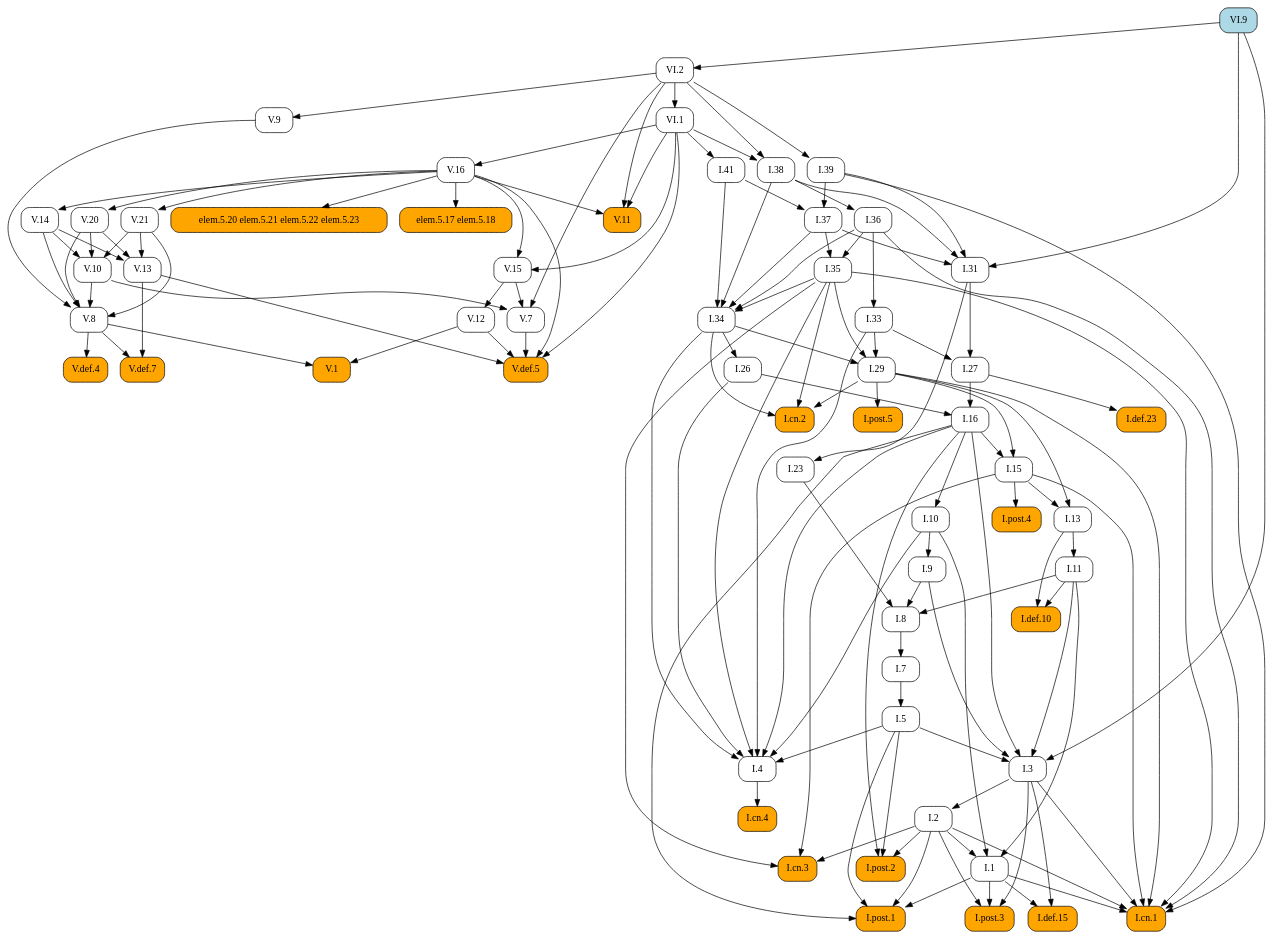
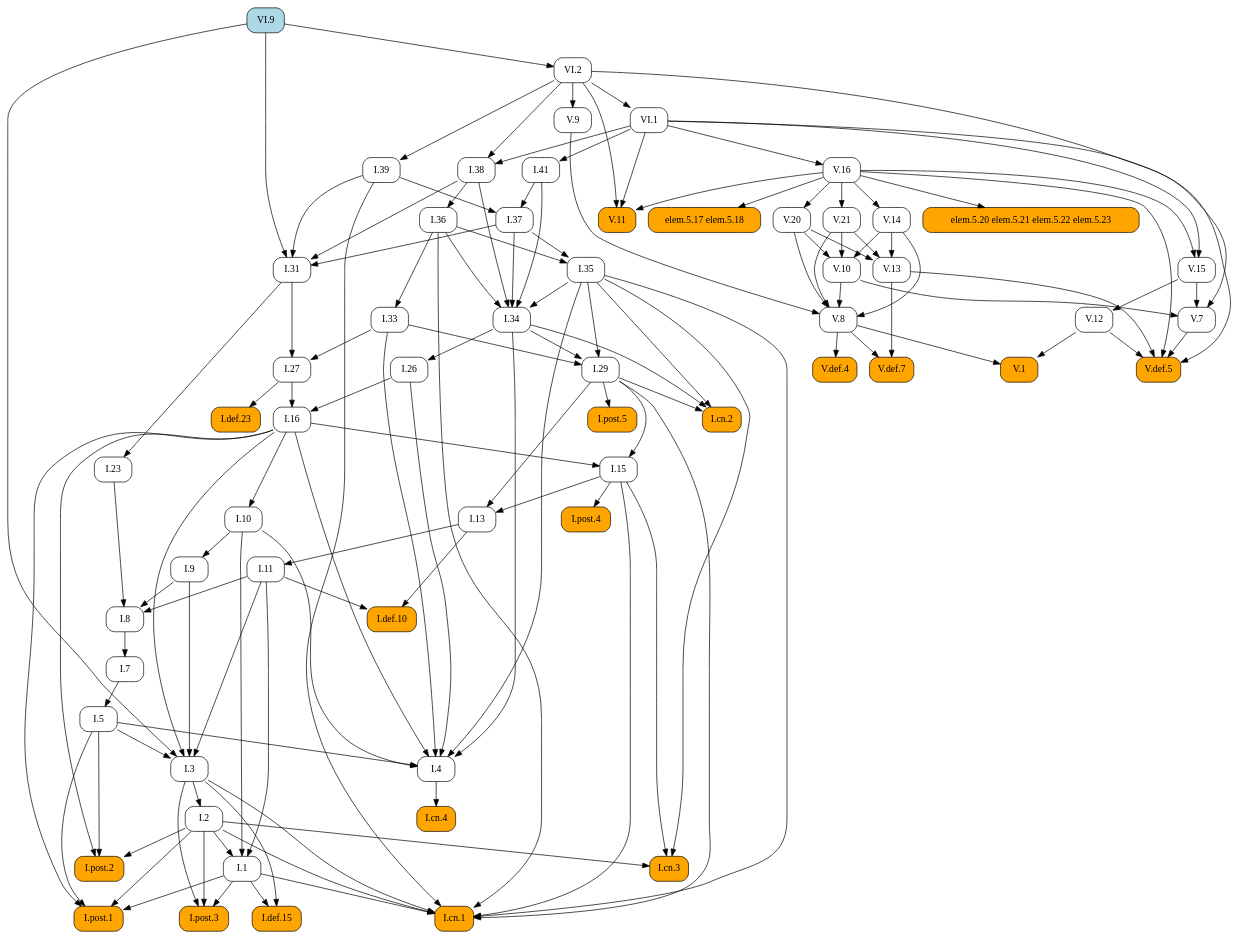
The diagram in docsrc/heath/VI/9/index.rst (geometor/elements), drawn with Graphviz before and after one commit. The commit also changed other lines of this file and 1029 other files, not shown here.

```diff
--- a/docsrc/heath/VI/9/index.rst
+++ b/docsrc/heath/VI/9/index.rst
@@ -48,180 +48,106 @@
    digraph {
      rankdir="TB";
      node [shape=box, style=rounded];
-     "V.1" [style="rounded,filled", fillcolor=orange, URL="/heath/V/1/", target="_top"];
+     "I.def.10" [style="rounded,filled", fillcolor=orange, URL="/heath/I/def.10/", target="_top"];
+     "I.11" [URL="/heath/I/11/", target="_top"];
+     "I.post.4" [style="rounded,filled", fillcolor=orange, URL="/heath/I/post.4/", target="_top"];
+     "I.1" [URL="/heath/I/1/", target="_top"];
+     "I.39" [URL="/heath/I/39/", target="_top"];
+     "I.26" [URL="/heath/I/26/", target="_top"];
+     "V.14" [URL="/heath/V/14/", target="_top"];
+     "V.def.5" [style="rounded,filled", fillcolor=orange, URL="/heath/V/def.5/", target="_top"];
+     "I.29" [URL="/heath/I/29/", target="_top"];
+     "V.12" [URL="/heath/V/12/", target="_top"];
+     "I.cn.2" [style="rounded,filled", fillcolor=orange, URL="/heath/I/cn.2/", target="_top"];
+     "V.20" [URL="/heath/V/20/", target="_top"];
+     "V.10" [URL="/heath/V/10/", target="_top"];
+     "V.11" [style="rounded,filled", fillcolor=orange, URL="/heath/V/11/", target="_top"];
+     "VI.2" [URL="/heath/VI/2/", target="_top"];
+     "V.13" [URL="/heath/V/13/", target="_top"];
+     "I.def.15" [style="rounded,filled", fillcolor=orange, URL="/heath/I/def.15/", target="_top"];
+     "I.post.3" [style="rounded,filled", fillcolor=orange, URL="/heath/I/post.3/", target="_top"];
+     "VI.1" [URL="/heath/VI/1/", target="_top"];
+     "V.15" [URL="/heath/V/15/", target="_top"];
+     "I.cn.1" [style="rounded,filled", fillcolor=orange, URL="/heath/I/cn.1/", target="_top"];
      "I.cn.3" [style="rounded,filled", fillcolor=orange, URL="/heath/I/cn.3/", target="_top"];
-     "I.7" [URL="/heath/I/7/", target="_top"];
-     "I.29" [URL="/heath/I/29/", target="_top"];
+     "V.7" [URL="/heath/V/7/", target="_top"];
+     "V.9" [URL="/heath/V/9/", target="_top"];
+     "V.16" [URL="/heath/V/16/", target="_top"];
+     "I.23" [URL="/heath/I/23/", target="_top"];
+     "I.post.1" [style="rounded,filled", fillcolor=orange, URL="/heath/I/post.1/", target="_top"];
+     "VI.9" [style="rounded,filled", fillcolor=lightblue, URL="/heath/VI/9/", target="_top"];
+     "I.35" [URL="/heath/I/35/", target="_top"];
+     "I.36" [URL="/heath/I/36/", target="_top"];
      "I.27" [URL="/heath/I/27/", target="_top"];
-     "I.38" [URL="/heath/I/38/", target="_top"];
-     "I.def.23" [style="rounded,filled", fillcolor=orange, URL="/heath/I/def.23/", target="_top"];
-     "V.15" [URL="/heath/V/15/", target="_top"];
-     "V.16" [URL="/heath/V/16/", target="_top"];
-     "I.34" [URL="/heath/I/34/", target="_top"];
-     "V.20" [URL="/heath/V/20/", target="_top"];
-     "I.8" [URL="/heath/I/8/", target="_top"];
-     "I.9" [URL="/heath/I/9/", target="_top"];
-     "V.def.4" [style="rounded,filled", fillcolor=orange, URL="/heath/V/def.4/", target="_top"];
-     "V.21" [URL="/heath/V/21/", target="_top"];
      "V.8" [URL="/heath/V/8/", target="_top"];
-     "I.post.4" [style="rounded,filled", fillcolor=orange, URL="/heath/I/post.4/", target="_top"];
-     "I.2" [URL="/heath/I/2/", target="_top"];
-     "I.def.15" [style="rounded,filled", fillcolor=orange, URL="/heath/I/def.15/", target="_top"];
-     "V.7" [URL="/heath/V/7/", target="_top"];
-     "I.1" [URL="/heath/I/1/", target="_top"];
-     "I.post.1" [style="rounded,filled", fillcolor=orange, URL="/heath/I/post.1/", target="_top"];
-     "V.13" [URL="/heath/V/13/", target="_top"];
-     "I.cn.4" [style="rounded,filled", fillcolor=orange, URL="/heath/I/cn.4/", target="_top"];
-     "I.26" [URL="/heath/I/26/", target="_top"];
-     "I.33" [URL="/heath/I/33/", target="_top"];
-     "VI.2" [URL="/heath/VI/2/", target="_top"];
-     "V.def.7" [style="rounded,filled", fillcolor=orange, URL="/heath/V/def.7/", target="_top"];
-     "I.39" [URL="/heath/I/39/", target="_top"];
-     "elem.5.20 elem.5.21 elem.5.22 elem.5.23" [style="rounded,filled", fillcolor=orange];
-     "I.23" [URL="/heath/I/23/", target="_top"];
-     "I.13" [URL="/heath/I/13/", target="_top"];
-     "I.cn.2" [style="rounded,filled", fillcolor=orange, URL="/heath/I/cn.2/", target="_top"];
-     "I.5" [URL="/heath/I/5/", target="_top"];
-     "I.11" [URL="/heath/I/11/", target="_top"];
-     "V.10" [URL="/heath/V/10/", target="_top"];
-     "V.def.5" [style="rounded,filled", fillcolor=orange, URL="/heath/V/def.5/", target="_top"];
-     "I.10" [URL="/heath/I/10/", target="_top"];
-     "I.4" [URL="/heath/I/4/", target="_top"];
-     "I.3" [URL="/heath/I/3/", target="_top"];
-     "I.16" [URL="/heath/I/16/", target="_top"];
-     "I.31" [URL="/heath/I/31/", target="_top"];
-     "I.def.10" [style="rounded,filled", fillcolor=orange, URL="/heath/I/def.10/", target="_top"];
-     "V.11" [style="rounded,filled", fillcolor=orange, URL="/heath/V/11/", target="_top"];
-     "I.post.2" [style="rounded,filled", fillcolor=orange, URL="/heath/I/post.2/", target="_top"];
-     "I.post.3" [style="rounded,filled", fillcolor=orange, URL="/heath/I/post.3/", target="_top"];
-     "VI.9" [style="rounded,filled", fillcolor=lightblue, URL="/heath/VI/9/", target="_top"];
-     "VI.1" [URL="/heath/VI/1/", target="_top"];
-     "V.9" [URL="/heath/V/9/", target="_top"];
-     "I.post.5" [style="rounded,filled", fillcolor=orange, URL="/heath/I/post.5/", target="_top"];
-     "elem.5.17 elem.5.18" [style="rounded,filled", fillcolor=orange];
-     "I.36" [URL="/heath/I/36/", target="_top"];
-     "I.35" [URL="/heath/I/35/", target="_top"];
-     "V.12" [URL="/heath/V/12/", target="_top"];
-     "I.15" [URL="/heath/I/15/", target="_top"];
-     "I.cn.1" [style="rounded,filled", fillcolor=orange, URL="/heath/I/cn.1/", target="_top"];
      "I.41" [URL="/heath/I/41/", target="_top"];
      "I.37" [URL="/heath/I/37/", target="_top"];
-     "V.14" [URL="/heath/V/14/", target="_top"];
-     "V.8" -> "V.1";
-     "V.12" -> "V.1";
-     "I.2" -> "I.cn.3";
-     "I.15" -> "I.cn.3";
-     "I.35" -> "I.cn.3";
-     "I.8" -> "I.7";
-     "I.33" -> "I.29";
-     "I.34" -> "I.29";
-     "I.35" -> "I.29";
-     "I.31" -> "I.27";
-     "I.33" -> "I.27";
-     "VI.1" -> "I.38";
-     "VI.2" -> "I.38";
-     "I.27" -> "I.def.23";
-     "V.16" -> "V.15";
-     "VI.1" -> "V.15";
-     "VI.1" -> "V.16";
-     "I.35" -> "I.34";
-     "I.36" -> "I.34";
-     "I.37" -> "I.34";
-     "I.38" -> "I.34";
-     "I.41" -> "I.34";
-     "V.16" -> "V.20";
-     "I.9" -> "I.8";
-     "I.11" -> "I.8";
-     "I.23" -> "I.8";
-     "I.10" -> "I.9";
-     "V.8" -> "V.def.4";
-     "V.16" -> "V.21";
-     "V.9" -> "V.8";
-     "V.10" -> "V.8";
-     "V.14" -> "V.8";
-     "V.20" -> "V.8";
-     "V.21" -> "V.8";
+     "I.34" [URL="/heath/I/34/", target="_top"];
+     "I.3" [URL="/heath/I/3/", target="_top"];
+     "I.7" [URL="/heath/I/7/", target="_top"];
+     "I.2" [URL="/heath/I/2/", target="_top"];
+     "I.def.23" [style="rounded,filled", fillcolor=orange, URL="/heath/I/def.23/", target="_top"];
+     "I.4" [URL="/heath/I/4/", target="_top"];
+     "I.13" [URL="/heath/I/13/", target="_top"];
+     "I.33" [URL="/heath/I/33/", target="_top"];
+     "I.post.2" [style="rounded,filled", fillcolor=orange, URL="/heath/I/post.2/", target="_top"];
+     "I.31" [URL="/heath/I/31/", target="_top"];
+     "V.1" [style="rounded,filled", fillcolor=orange, URL="/heath/V/1/", target="_top"];
+     "I.16" [URL="/heath/I/16/", target="_top"];
+     "elem.5.20 elem.5.21 elem.5.22 elem.5.23" [style="rounded,filled", fillcolor=orange];
+     "elem.5.17 elem.5.18" [style="rounded,filled", fillcolor=orange];
+     "I.9" [URL="/heath/I/9/", target="_top"];
+     "I.8" [URL="/heath/I/8/", target="_top"];
+     "V.def.4" [style="rounded,filled", fillcolor=orange, URL="/heath/V/def.4/", target="_top"];
+     "I.cn.4" [style="rounded,filled", fillcolor=orange, URL="/heath/I/cn.4/", target="_top"];
+     "I.15" [URL="/heath/I/15/", target="_top"];
+     "I.post.5" [style="rounded,filled", fillcolor=orange, URL="/heath/I/post.5/", target="_top"];
+     "I.38" [URL="/heath/I/38/", target="_top"];
+     "V.def.7" [style="rounded,filled", fillcolor=orange, URL="/heath/V/def.7/", target="_top"];
+     "I.10" [URL="/heath/I/10/", target="_top"];
+     "I.5" [URL="/heath/I/5/", target="_top"];
+     "V.21" [URL="/heath/V/21/", target="_top"];
+     "I.11" -> "I.def.10";
+     "I.13" -> "I.def.10";
+     "I.13" -> "I.11";
      "I.15" -> "I.post.4";
-     "I.3" -> "I.2";
-     "I.1" -> "I.def.15";
-     "I.3" -> "I.def.15";
-     "V.10" -> "V.7";
-     "V.15" -> "V.7";
-     "VI.2" -> "V.7";
      "I.2" -> "I.1";
      "I.10" -> "I.1";
      "I.11" -> "I.1";
-     "I.1" -> "I.post.1";
-     "I.2" -> "I.post.1";
-     "I.5" -> "I.post.1";
-     "I.16" -> "I.post.1";
-     "V.14" -> "V.13";
-     "V.20" -> "V.13";
-     "V.21" -> "V.13";
-     "I.4" -> "I.cn.4";
+     "VI.2" -> "I.39";
      "I.34" -> "I.26";
-     "I.36" -> "I.33";
-     "VI.9" -> "VI.2";
-     "V.8" -> "V.def.7";
-     "V.13" -> "V.def.7";
-     "VI.2" -> "I.39";
-     "V.16" -> "elem.5.20 elem.5.21 elem.5.22 elem.5.23";
-     "I.31" -> "I.23";
-     "I.15" -> "I.13";
-     "I.29" -> "I.13";
-     "I.29" -> "I.cn.2";
-     "I.34" -> "I.cn.2";
-     "I.35" -> "I.cn.2";
-     "I.7" -> "I.5";
-     "I.13" -> "I.11";
-     "V.14" -> "V.10";
-     "V.20" -> "V.10";
-     "V.21" -> "V.10";
+     "V.16" -> "V.14";
      "V.7" -> "V.def.5";
      "V.12" -> "V.def.5";
      "V.13" -> "V.def.5";
      "V.16" -> "V.def.5";
      "VI.1" -> "V.def.5";
-     "I.16" -> "I.10";
-     "I.5" -> "I.4";
-     "I.10" -> "I.4";
-     "I.16" -> "I.4";
-     "I.26" -> "I.4";
-     "I.33" -> "I.4";
-     "I.34" -> "I.4";
-     "I.35" -> "I.4";
-     "I.5" -> "I.3";
-     "I.9" -> "I.3";
-     "I.11" -> "I.3";
-     "I.16" -> "I.3";
-     "VI.9" -> "I.3";
-     "I.26" -> "I.16";
-     "I.27" -> "I.16";
-     "I.37" -> "I.31";
-     "I.38" -> "I.31";
-     "I.39" -> "I.31";
-     "VI.9" -> "I.31";
-     "I.11" -> "I.def.10";
-     "I.13" -> "I.def.10";
+     "I.33" -> "I.29";
+     "I.34" -> "I.29";
+     "I.35" -> "I.29";
+     "V.15" -> "V.12";
+     "I.29" -> "I.cn.2";
+     "I.34" -> "I.cn.2";
+     "I.35" -> "I.cn.2";
+     "V.16" -> "V.20";
+     "V.14" -> "V.10";
+     "V.20" -> "V.10";
+     "V.21" -> "V.10";
      "V.16" -> "V.11";
      "VI.1" -> "V.11";
      "VI.2" -> "V.11";
-     "I.2" -> "I.post.2";
-     "I.5" -> "I.post.2";
-     "I.16" -> "I.post.2";
+     "VI.9" -> "VI.2";
+     "V.14" -> "V.13";
+     "V.20" -> "V.13";
+     "V.21" -> "V.13";
+     "I.1" -> "I.def.15";
+     "I.3" -> "I.def.15";
      "I.1" -> "I.post.3";
      "I.2" -> "I.post.3";
      "I.3" -> "I.post.3";
      "VI.2" -> "VI.1";
-     "VI.2" -> "V.9";
-     "I.29" -> "I.post.5";
-     "V.16" -> "elem.5.17 elem.5.18";
-     "I.38" -> "I.36";
-     "I.36" -> "I.35";
-     "I.37" -> "I.35";
-     "V.15" -> "V.12";
-     "I.16" -> "I.15";
-     "I.29" -> "I.15";
+     "V.16" -> "V.15";
+     "VI.1" -> "V.15";
      "I.1" -> "I.cn.1";
      "I.2" -> "I.cn.1";
      "I.3" -> "I.cn.1";
@@ -230,8 +156,82 @@
      "I.35" -> "I.cn.1";
      "I.36" -> "I.cn.1";
      "I.39" -> "I.cn.1";
+     "I.2" -> "I.cn.3";
+     "I.15" -> "I.cn.3";
+     "I.35" -> "I.cn.3";
+     "V.10" -> "V.7";
+     "V.15" -> "V.7";
+     "VI.2" -> "V.7";
+     "VI.2" -> "V.9";
+     "VI.1" -> "V.16";
+     "I.31" -> "I.23";
+     "I.1" -> "I.post.1";
+     "I.2" -> "I.post.1";
+     "I.5" -> "I.post.1";
+     "I.16" -> "I.post.1";
+     "I.36" -> "I.35";
+     "I.37" -> "I.35";
+     "I.38" -> "I.36";
+     "I.31" -> "I.27";
+     "I.33" -> "I.27";
+     "V.9" -> "V.8";
+     "V.10" -> "V.8";
+     "V.14" -> "V.8";
+     "V.20" -> "V.8";
+     "V.21" -> "V.8";
      "VI.1" -> "I.41";
      "I.39" -> "I.37";
      "I.41" -> "I.37";
-     "V.16" -> "V.14";
+     "I.35" -> "I.34";
+     "I.36" -> "I.34";
+     "I.37" -> "I.34";
+     "I.38" -> "I.34";
+     "I.41" -> "I.34";
+     "I.5" -> "I.3";
+     "I.9" -> "I.3";
+     "I.11" -> "I.3";
+     "I.16" -> "I.3";
+     "VI.9" -> "I.3";
+     "I.8" -> "I.7";
+     "I.3" -> "I.2";
+     "I.27" -> "I.def.23";
+     "I.5" -> "I.4";
+     "I.10" -> "I.4";
+     "I.16" -> "I.4";
+     "I.26" -> "I.4";
+     "I.33" -> "I.4";
+     "I.34" -> "I.4";
+     "I.35" -> "I.4";
+     "I.15" -> "I.13";
+     "I.29" -> "I.13";
+     "I.36" -> "I.33";
+     "I.2" -> "I.post.2";
+     "I.5" -> "I.post.2";
+     "I.16" -> "I.post.2";
+     "I.37" -> "I.31";
+     "I.38" -> "I.31";
+     "I.39" -> "I.31";
+     "VI.9" -> "I.31";
+     "V.8" -> "V.1";
+     "V.12" -> "V.1";
+     "I.26" -> "I.16";
+     "I.27" -> "I.16";
+     "V.16" -> "elem.5.20 elem.5.21 elem.5.22 elem.5.23";
+     "V.16" -> "elem.5.17 elem.5.18";
+     "I.10" -> "I.9";
+     "I.9" -> "I.8";
+     "I.11" -> "I.8";
+     "I.23" -> "I.8";
+     "V.8" -> "V.def.4";
+     "I.4" -> "I.cn.4";
+     "I.16" -> "I.15";
+     "I.29" -> "I.15";
+     "I.29" -> "I.post.5";
+     "VI.1" -> "I.38";
+     "VI.2" -> "I.38";
+     "V.8" -> "V.def.7";
+     "V.13" -> "V.def.7";
+     "I.16" -> "I.10";
+     "I.7" -> "I.5";
+     "V.16" -> "V.21";
    }
```
